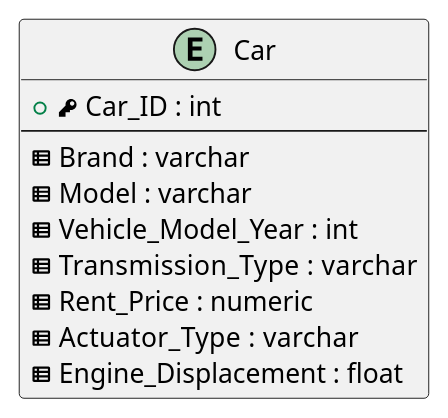
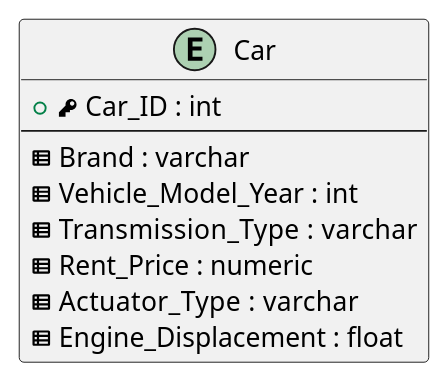
Before and after one commit to DmitryVasilkovW/ITMO-Database-design-labs-4-sem: the diagram in Labs/Lab1/Tables/Entities/Car.puml, drawn with PlantUML. The commit also changed 3 other files, not shown here.

```diff
--- a/Labs/Lab1/Tables/Entities/Car.puml
+++ b/Labs/Lab1/Tables/Entities/Car.puml
@@ -1,14 +1,13 @@
 @startuml
 entity "Car" as car
 {
   +<&key> Car_ID : int
   --
   <&spreadsheet> Brand : varchar
-  <&spreadsheet> Model : varchar
   <&spreadsheet> Vehicle_Model_Year : int
   <&spreadsheet> Transmission_Type  : varchar
   <&spreadsheet> Rent_Price : numeric
   <&spreadsheet> Actuator_Type  : varchar
   <&spreadsheet> Engine_Displacement : float
 }
 @enduml
```
